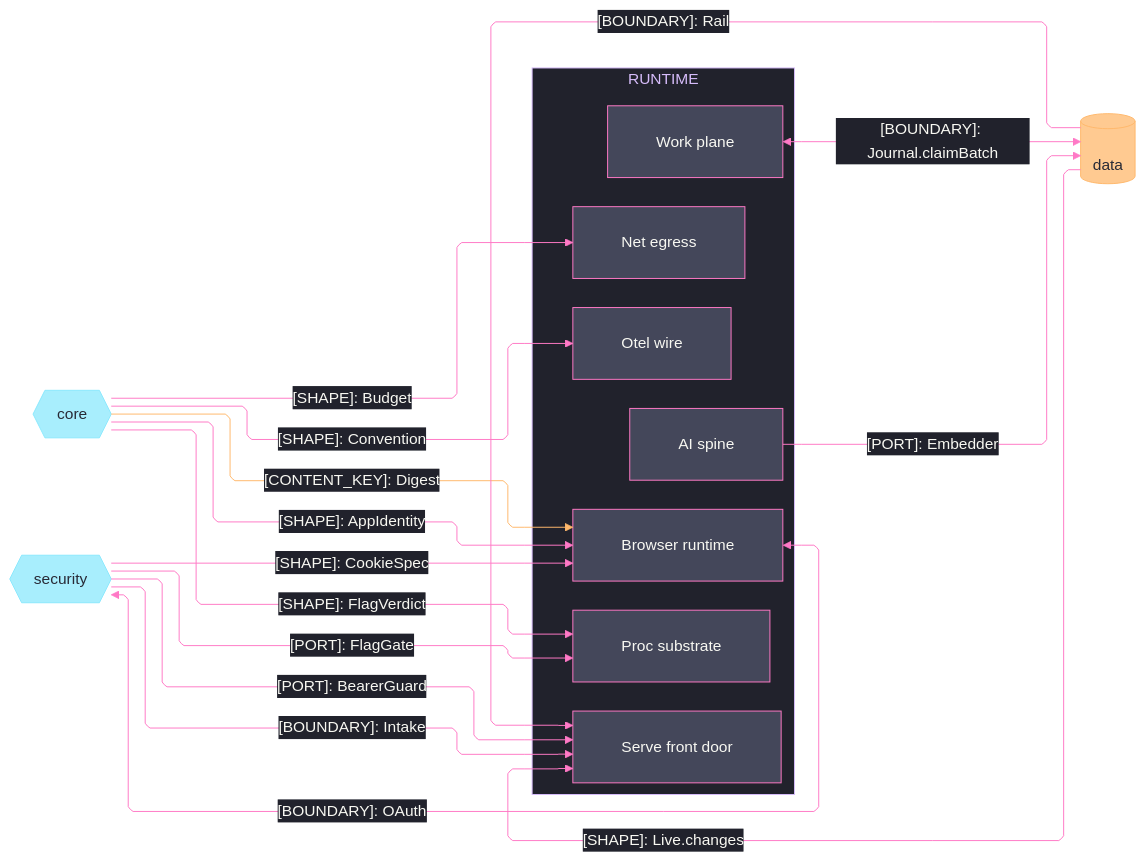
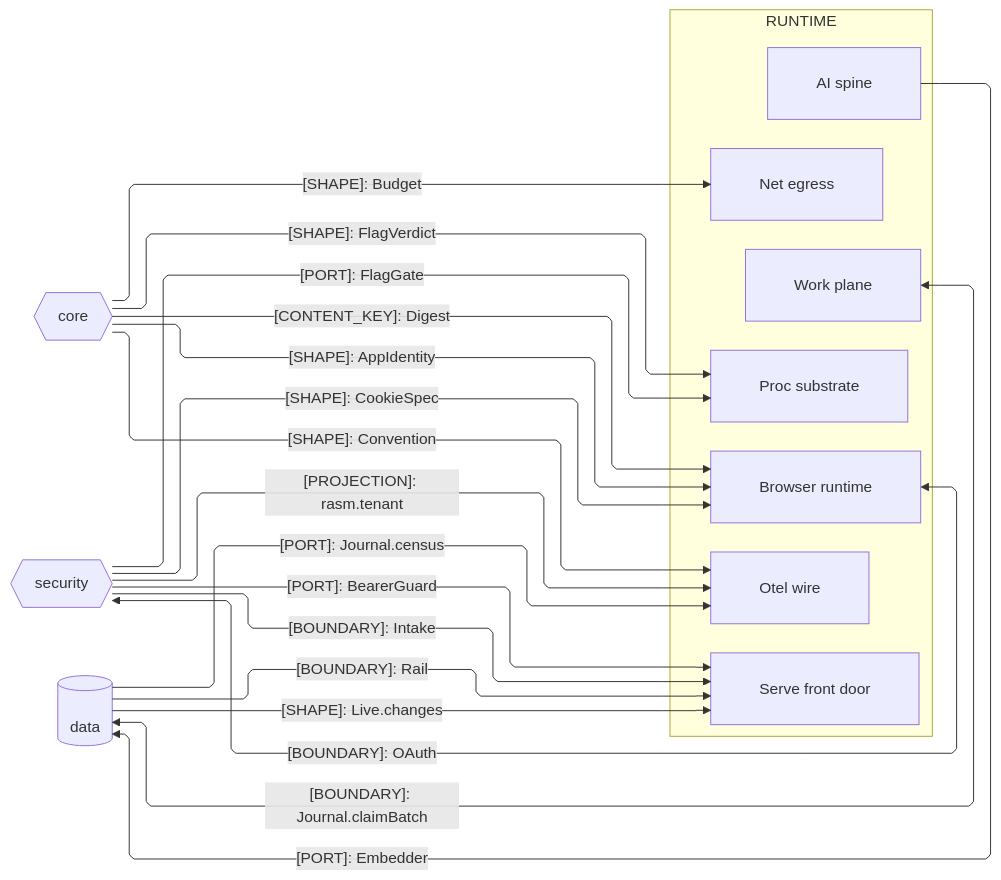
The second of 3 diagrams in libs/typescript/runtime/ARCHITECTURE.md (bsamiee/Rasm), drawn with Mermaid before and after one commit. The commit also changed other lines of this file and 460 other files, not shown here.

````diff
--- a/libs/typescript/runtime/ARCHITECTURE.md
+++ b/libs/typescript/runtime/ARCHITECTURE.md
@@ -128,67 +107,40 @@
 ```mermaid
 ---
 config:
-  theme: base
-  look: classic
   layout: elk
   flowchart:
     curve: linear
     padding: 25
-  themeVariables:
-    darkMode: true
-    fontFamily: "SF Mono, Menlo, Cascadia Mono, Segoe UI Mono, Consolas, monospace"
-    useGradient: false
-    dropShadow: "none"
-    background: "#282A36"
-    primaryColor: "#44475A"
-    primaryTextColor: "#F8F8F2"
-    primaryBorderColor: "#BD93F9"
-    lineColor: "#FF79C6"
-    textColor: "#F8F8F2"
-    clusterBkg: "#21222C"
-    clusterBorder: "#D6BCFA"
-    edgeLabelBackground: "#21222C"
-    labelBackgroundColor: "#21222C"
-    titleColor: "#D6BCFA"
-  themeCSS: ".nodeLabel{font-size:13px;font-weight:500}.edgeLabel{font-size:12px;font-weight:500}.cluster-label .nodeLabel{font-size:13.5px;font-weight:700;letter-spacing:.08em}.edge-thickness-normal{stroke-width:2px}.edge-thickness-thick{stroke-width:3px}.edge-pattern-dashed,.edge-pattern-dotted{stroke-width:1.5px;stroke-dasharray:4 6}.node rect,.node circle,.node polygon,.node path,.node .outer-path{stroke-width:1.5px;filter:none!important}.cluster rect{stroke-width:1px!important;stroke-dasharray:5 4!important;filter:none!important}.marker path{transform:scale(.8);transform-origin:5px 5px}.marker circle{transform:scale(.48);transform-origin:5px 5px}.edgeLabel rect{transform-box:fill-box;transform-origin:center;transform:scale(1.1,1.2)}"
 ---
 flowchart LR
     accTitle: Runtime domain-peer seam registry
-    accDescr: Runtime sub-domain owners exchanging flag, budget, convention, identity, custody, and durable-store shapes with the core, security, and data TypeScript domain peers, edge rails colored by kind and nodes classed by seam direction.
+    accDescr: Runtime sub-domain owners exchanging flag, budget, convention, identity, custody, durable-store, and tenant-projection shapes with the core, security, and data TypeScript domain peers, one edge per contract family mirrored at each counterpart.
     subgraph runtime[RUNTIME]
         Proc[Proc substrate]
         Net[Net egress]
         Otel[Otel wire]
         Browser[Browser runtime]
         Serve[Serve front door]
         Work[Work plane]
         Ai[AI spine]
     end
     Core{{core}}
     Security{{security}}
     Data[(data)]
     Core e1@-->|"[SHAPE]: FlagVerdict"| Proc
     Core e2@-->|"[SHAPE]: Budget"| Net
     Core e3@-->|"[SHAPE]: Convention"| Otel
     Core e4@-->|"[CONTENT_KEY]: Digest"| Browser
     Core e14@-->|"[SHAPE]: AppIdentity"| Browser
     Security e5@-->|"[SHAPE]: CookieSpec"| Browser
     Browser e6@<-->|"[BOUNDARY]: OAuth"| Security
     Security e7@-->|"[PORT]: BearerGuard"| Serve
     Security e8@-->|"[BOUNDARY]: Intake"| Serve
     Security e13@-->|"[PORT]: FlagGate"| Proc
     Data e9@-->|"[BOUNDARY]: Rail"| Serve
     Data e10@-->|"[SHAPE]: Live.changes"| Serve
     Work e11@<-->|"[BOUNDARY]: Journal.claimBatch"| Data
     Ai e12@-->|"[PORT]: Embedder"| Data
-    classDef primary fill:#44475A,stroke:#FF79C6,color:#F8F8F2
-    classDef external fill:#8BE9FDBF,stroke:#8BE9FD,color:#282A36
-    classDef data fill:#FFB86CBF,stroke:#FFB86C,color:#282A36
-    classDef edgeData stroke:#FFB86C,color:#F8F8F2
-    classDef edgeControl stroke:#FF79C6,color:#F8F8F2
-    class Proc,Net,Otel,Browser,Serve,Work,Ai primary
-    class Core,Security external
-    class Data data
-    class e4 edgeData
-    class e1,e2,e3,e5,e6,e7,e8,e9,e10,e11,e12,e13,e14 edgeControl
+    Data e15@-->|"[PORT]: Journal.census"| Otel
+    Security e16@-->|"[PROJECTION]: rasm.tenant"| Otel
 ```
````
